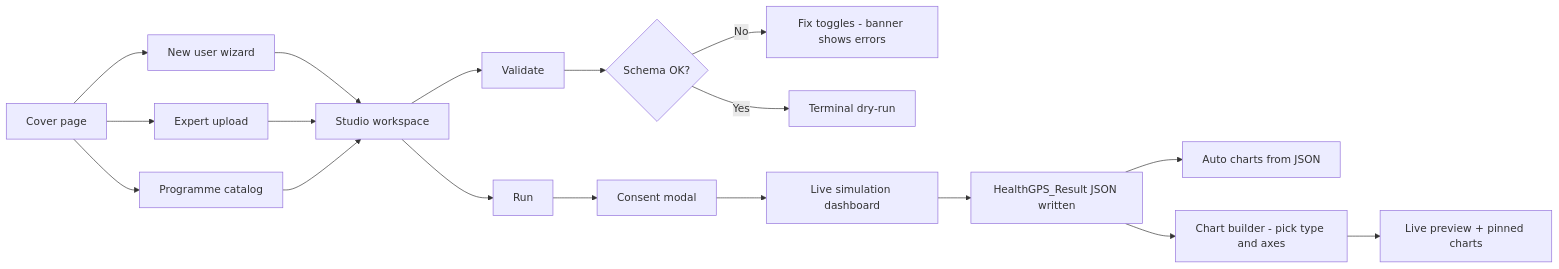
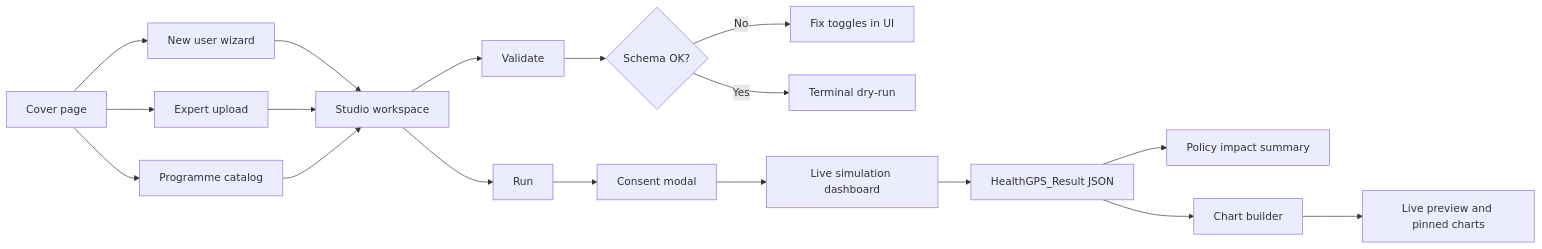
The third of 10 diagrams in documentation/technical/plans/HealthGPS_studio-GUI.md (imperialCHEPI/healthgps), drawn with Mermaid before and after one commit. The commit also changed other lines of this file and 1 other file, not shown here.

````diff
--- a/documentation/technical/plans/HealthGPS_studio-GUI.md
+++ b/documentation/technical/plans/HealthGPS_studio-GUI.md
@@ -89,20 +146,20 @@
 ```mermaid
 flowchart LR
     Start[Cover page] --> NewUser[New user wizard]
     Start --> Expert[Expert upload]
     Start --> Examples[Programme catalog]
     NewUser --> WS[Studio workspace]
     Expert --> WS
     Examples --> WS
     WS --> Validate[Validate]
     WS --> Run[Run]
     Validate --> SchemaOK{Schema OK?}
-    SchemaOK -->|No| FixConfig[Fix toggles - banner shows errors]
+    SchemaOK -->|No| FixConfig[Fix toggles in UI]
     SchemaOK -->|Yes| DryRun[Terminal dry-run]
     Run --> Consent[Consent modal]
     Consent --> LiveDash[Live simulation dashboard]
-    LiveDash --> ResultJSON[HealthGPS_Result JSON written]
-    ResultJSON --> AutoCharts[Auto charts from JSON]
-    ResultJSON --> ChartBuilder[Chart builder - pick type and axes]
-    ChartBuilder --> Charts[Live preview + pinned charts]
+    LiveDash --> ResultJSON[HealthGPS_Result JSON]
+    ResultJSON --> Summary[Policy impact summary]
+    ResultJSON --> ChartBuilder[Chart builder]
+    ChartBuilder --> Preview[Live preview and pinned charts]
 ```
````
